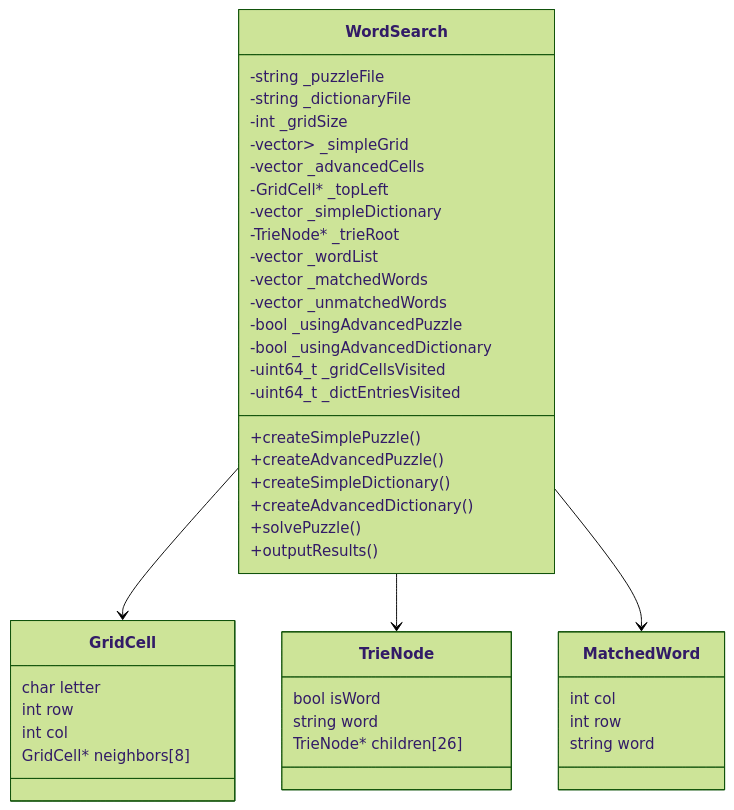
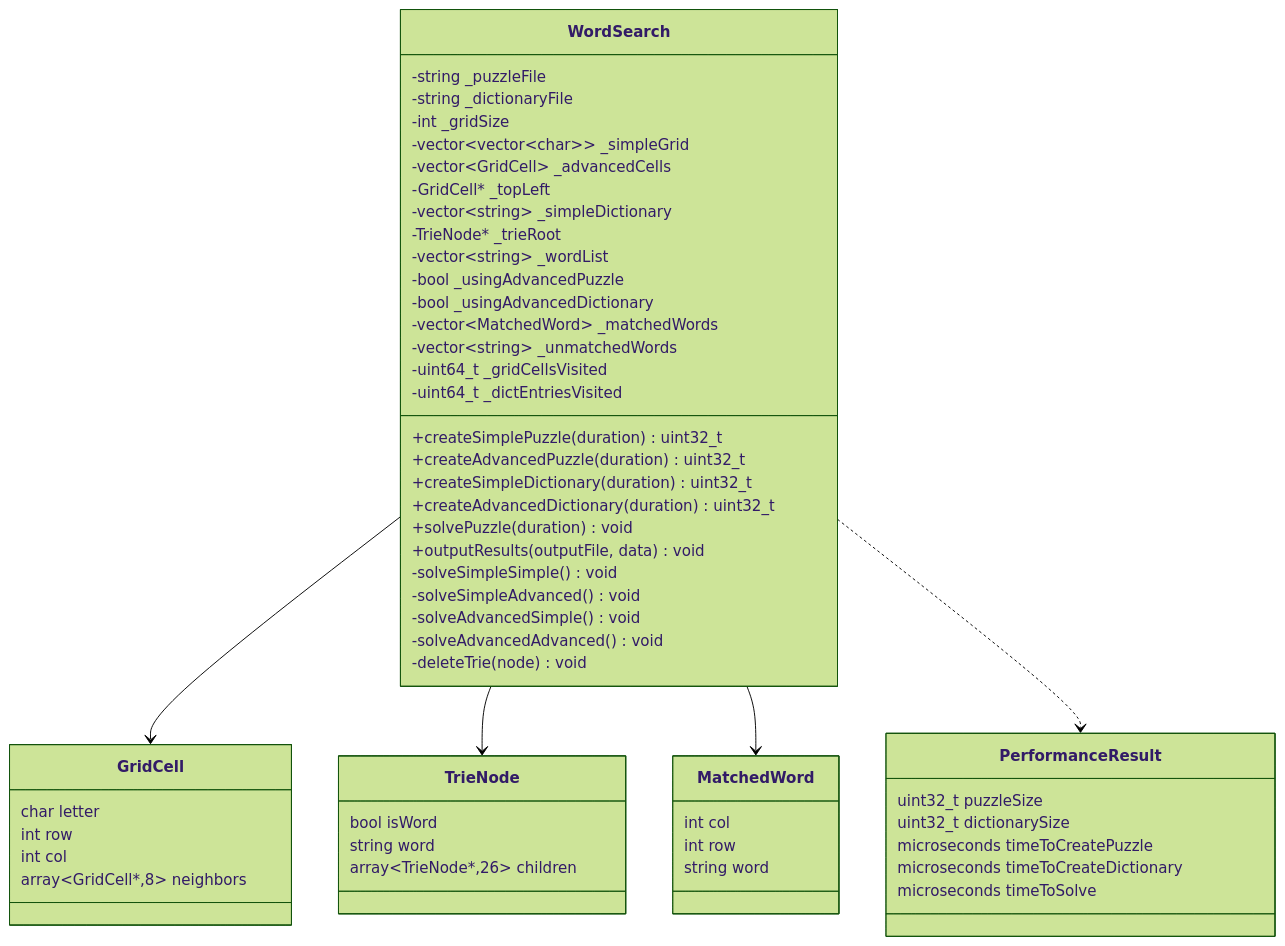
The diagram in ReadMe.md (Eduard667/FinalLab), drawn with Mermaid (forest theme) before and after one commit. The commit also changed other lines of this file, not shown here.

````diff
--- a/ReadMe.md
+++ b/ReadMe.md
@@ -19,51 +180,64 @@
 ```mermaid
 classDiagram
 
 class WordSearch {
   -string _puzzleFile
   -string _dictionaryFile
   -int _gridSize
-  -vector<vector<char>> _simpleGrid
-  -vector<GridCell> _advancedCells
+  -vector~vector~char~~ _simpleGrid
+  -vector~GridCell~ _advancedCells
   -GridCell* _topLeft
-  -vector<string> _simpleDictionary
+  -vector~string~ _simpleDictionary
   -TrieNode* _trieRoot
-  -vector<string> _wordList
-  -vector<MatchedWord> _matchedWords
-  -vector<string> _unmatchedWords
+  -vector~string~ _wordList
   -bool _usingAdvancedPuzzle
   -bool _usingAdvancedDictionary
+  -vector~MatchedWord~ _matchedWords
+  -vector~string~ _unmatchedWords
   -uint64_t _gridCellsVisited
   -uint64_t _dictEntriesVisited
-
-  +createSimplePuzzle()
-  +createAdvancedPuzzle()
-  +createSimpleDictionary()
-  +createAdvancedDictionary()
-  +solvePuzzle()
-  +outputResults()
+  +createSimplePuzzle(duration) uint32_t
+  +createAdvancedPuzzle(duration) uint32_t
+  +createSimpleDictionary(duration) uint32_t
+  +createAdvancedDictionary(duration) uint32_t
+  +solvePuzzle(duration) void
+  +outputResults(outputFile, data) void
+  -solveSimpleSimple() void
+  -solveSimpleAdvanced() void
+  -solveAdvancedSimple() void
+  -solveAdvancedAdvanced() void
+  -deleteTrie(node) void
 }
 
 class GridCell {
   char letter
   int row
   int col
-  GridCell* neighbors[8]
+  array~GridCell*,8~ neighbors
 }
 
 class TrieNode {
   bool isWord
   string word
-  TrieNode* children[26]
+  array~TrieNode*,26~ children
 }
 
 class MatchedWord {
   int col
   int row
   string word
 }
 
+class PerformanceResult {
+  uint32_t puzzleSize
+  uint32_t dictionarySize
+  microseconds timeToCreatePuzzle
+  microseconds timeToCreateDictionary
+  microseconds timeToSolve
+}
+
 WordSearch --> GridCell
 WordSearch --> TrieNode
 WordSearch --> MatchedWord
+WordSearch ..> PerformanceResult
 ```
````
